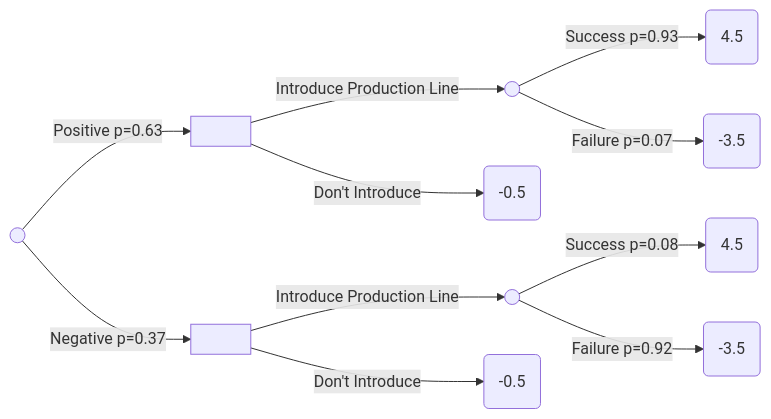
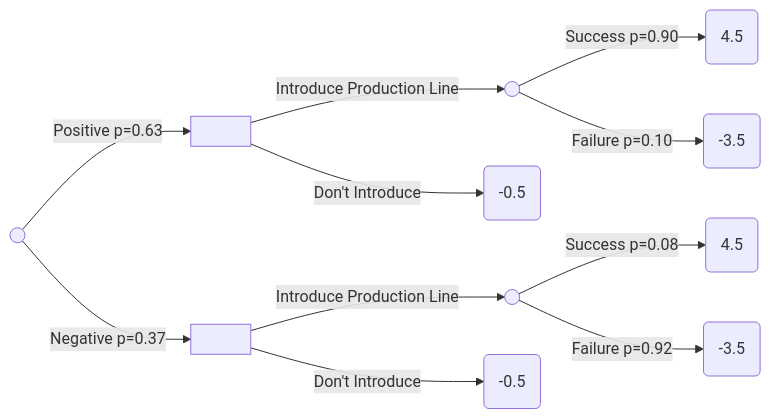
One commit to jagelves/DecisionModeling changed the fourth of 5 diagrams in Decisions.qmd. Above: the diagram before and after it, drawn with Mermaid. The commit also changed other lines of this file and 2 other files, not shown here.

````diff
--- a/Decisions.qmd
+++ b/Decisions.qmd
@@ -143,15 +143,15 @@
 ```{mermaid theme=darkly}
 %%| fig-width: 5
 graph LR
     F(( ))--> |Positive p=0.63| A[ ]
     A[ ] -->|Introduce Production Line| C(( )) 
     A[ ] -->|Don't Introduce| B( -0.5 )
-    C -->|Success p=0.93| D( 4.5 )
-    C -->|Failure p=0.07| E( -3.5 )
+    C -->|Success p=0.90| D( 4.5 )
+    C -->|Failure p=0.10| E( -3.5 )
     
     F(( ))--> |Negative p=0.37| G[ ]
     G[ ] -->|Introduce Production Line| H(( )) 
     G[ ] -->|Don't Introduce| I( -0.5 )
     H -->|Success p=0.08| J( 4.5 )
     H -->|Failure p=0.92| K( -3.5 )
 ```
````
